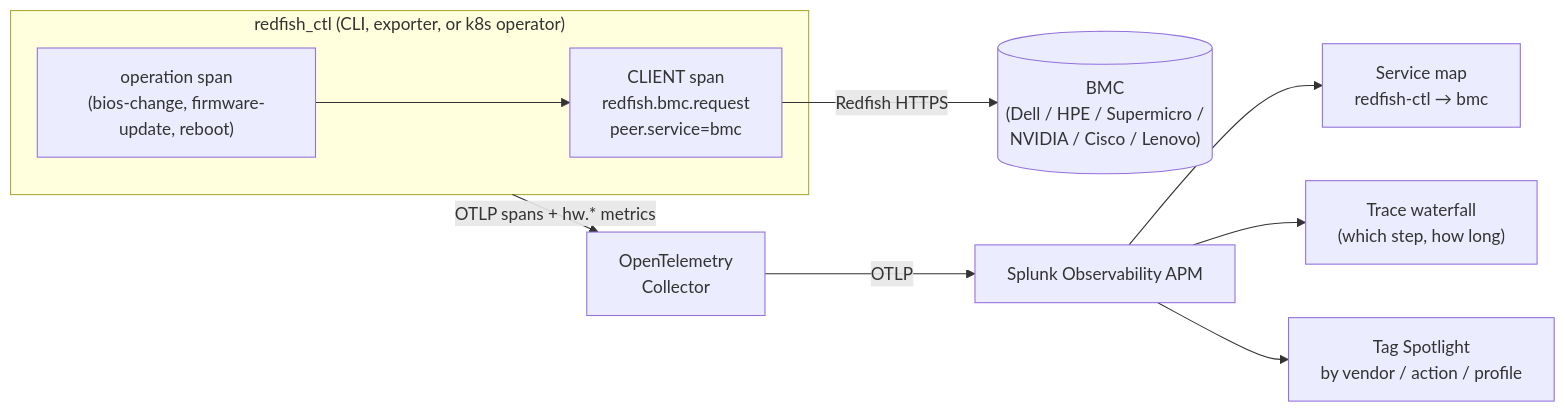
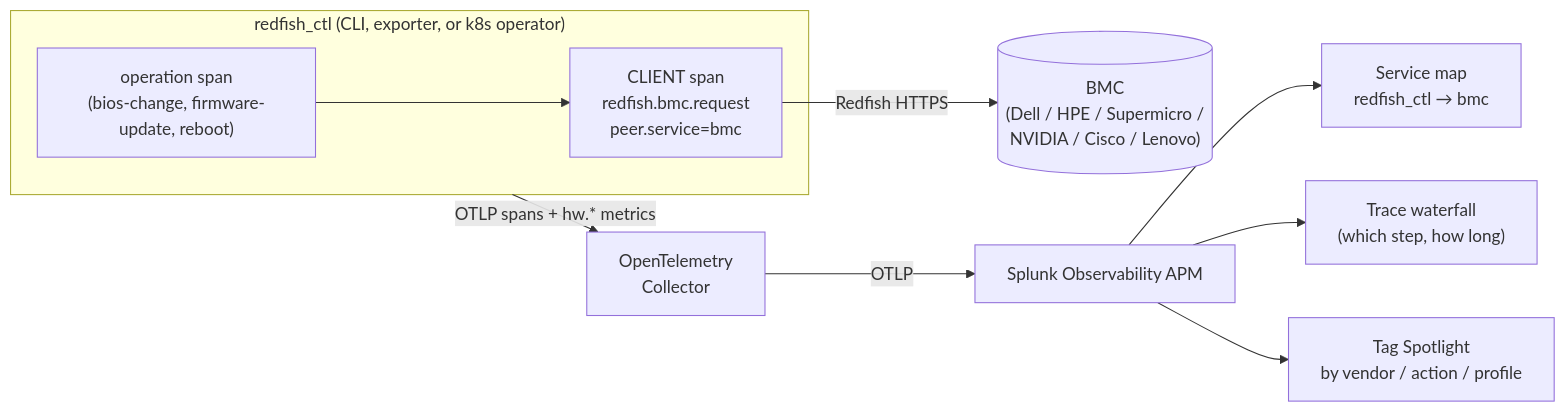
The diagram in docs/external/observability.md (spyroot/redfish_ctl), drawn with Mermaid before and after one commit. The commit also changed other lines of this file and 167 other files, not shown here.

````diff
--- a/docs/external/observability.md
+++ b/docs/external/observability.md
@@ -30,14 +30,14 @@
 ```mermaid
 flowchart LR
     subgraph driver["redfish_ctl (CLI, exporter, or k8s operator)"]
       op["operation span\n(bios-change, firmware-update, reboot)"]
       cli["CLIENT span\nredfish.bmc.request\npeer.service=bmc"]
       op --> cli
     end
     cli -->|Redfish HTTPS| bmc[("BMC\n(Dell / HPE / Supermicro /\nNVIDIA / Cisco / Lenovo)")]
     driver -->|OTLP spans + hw.* metrics| col["OpenTelemetry\nCollector"]
     col -->|OTLP| splunk["Splunk Observability APM"]
-    splunk --> map["Service map\nredfish-ctl → bmc"]
+    splunk --> map["Service map\nredfish_ctl → bmc"]
     splunk --> wf["Trace waterfall\n(which step, how long)"]
     splunk --> tag["Tag Spotlight\nby vendor / action / profile"]
 ```
````
